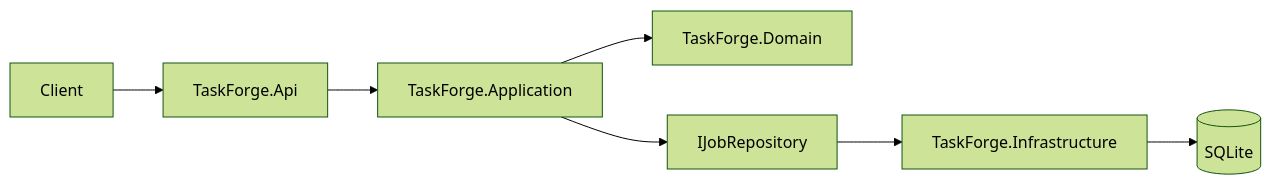
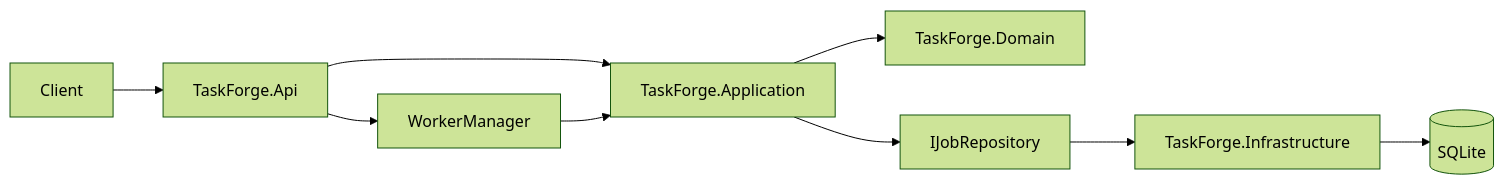
Before and after one commit to Arvence/TaskForge: the diagram in README.md, drawn with Mermaid (forest theme). The commit also changed other lines of this file and 42 other files, not shown here.

````diff
--- a/README.md
+++ b/README.md
@@ -21,9 +27,11 @@
 ```mermaid
 flowchart LR
     Client --> API[TaskForge.Api]
     API --> App[TaskForge.Application]
+    API --> WorkerManager
+    WorkerManager --> App
     App --> Domain[TaskForge.Domain]
     App --> Repository[IJobRepository]
     Repository --> Infrastructure[TaskForge.Infrastructure]
     Infrastructure --> DB[(SQLite)]
 ```
````
